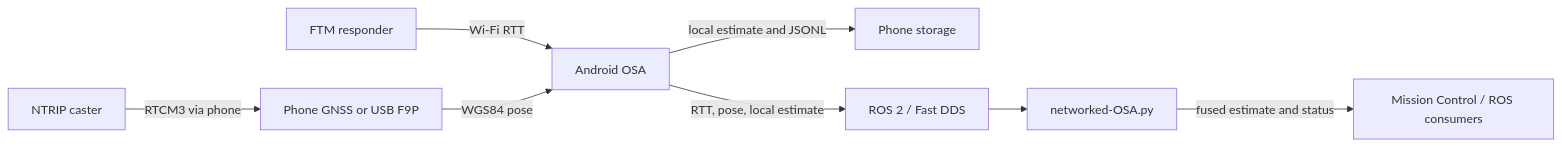
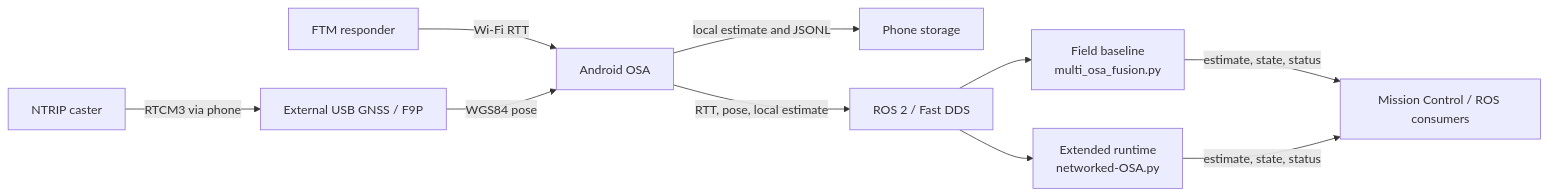
The diagram in README.md (jbravoMlg/rtt-ftm-localization-ros2), drawn with Mermaid before and after one commit. The commit also changed other lines of this file and 2 other files, not shown here.

Commit message:
Publish field-evaluated central fusion runtime

````diff
--- a/README.md
+++ b/README.md
@@ -31,10 +41,12 @@
 ```mermaid
 flowchart LR
     AP[FTM responder] -->|Wi-Fi RTT| PHONE[Android OSA]
-    GNSS[Phone GNSS or USB F9P] -->|WGS84 pose| PHONE
+    GNSS[External USB GNSS / F9P] -->|WGS84 pose| PHONE
     NTRIP[NTRIP caster] -->|RTCM3 via phone| GNSS
     PHONE -->|local estimate and JSONL| LOCAL[Phone storage]
     PHONE -->|RTT, pose, local estimate| DDS[ROS 2 / Fast DDS]
-    DDS --> FUSION[networked-OSA.py]
-    FUSION -->|fused estimate and status| MC[Mission Control / ROS consumers]
+    DDS --> BASE[Field baseline<br/>multi_osa_fusion.py]
+    DDS --> EXT[Extended runtime<br/>networked-OSA.py]
+    BASE -->|estimate, state, status| MC[Mission Control / ROS consumers]
+    EXT -->|estimate, state, status| MC
 ```
````
